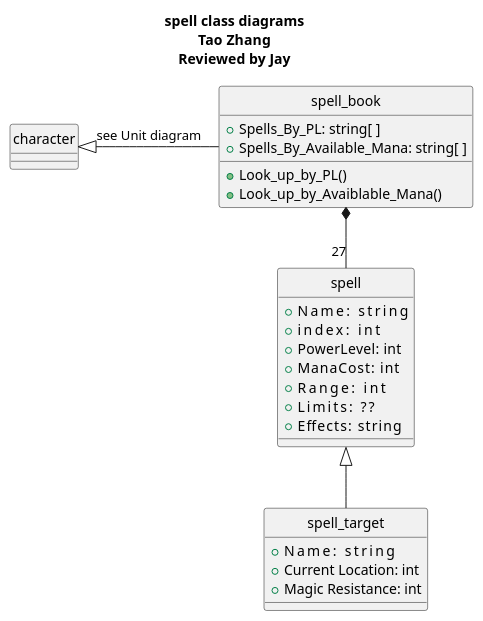
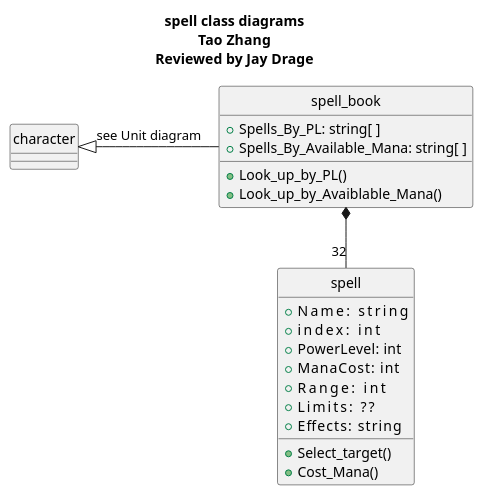
One commit to CS383-Sword-and-Sorcery/HW3 changed the diagram in ClassDiagrams/spell.pu. Above: the diagram before and after it, drawn with PlantUML.

Commit message:
update my class diagram

```diff
--- a/ClassDiagrams/spell.pu
+++ b/ClassDiagrams/spell.pu
@@ -1,39 +1,33 @@
 @startuml
 
-title <b>spell class diagrams</b>\nTao Zhang\nReviewed by Jay
+title <b>spell class diagrams</b>\nTao Zhang\nReviewed by Jay Drage
 hide circle
 class character{
   
 }
 
 class spell{
   +Name:        string
   +index:       int
   +PowerLevel:  int
   +ManaCost:    int
   +Range:       int 
   +Limits:      ??
   +Effects:     string
+  +Select_target()
+  +Cost_Mana()
 }
 
 class spell_book{
   +Spells_By_PL: string[ ]
   +Spells_By_Available_Mana: string[ ]
   +Look_up_by_PL()
   +Look_up_by_Avaiblable_Mana()
 }
 
-
-class spell_target{
-  +Name:        string
-  +Current Location: int
-  +Magic Resistance: int
-}
-
 character <|-right-- spell_book : see Unit diagram
-spell_book *-down- "27" spell
-
-spell <|-- spell_target 
+spell_book *-down- "32" spell
+ 
 
 
 @enduml
```
